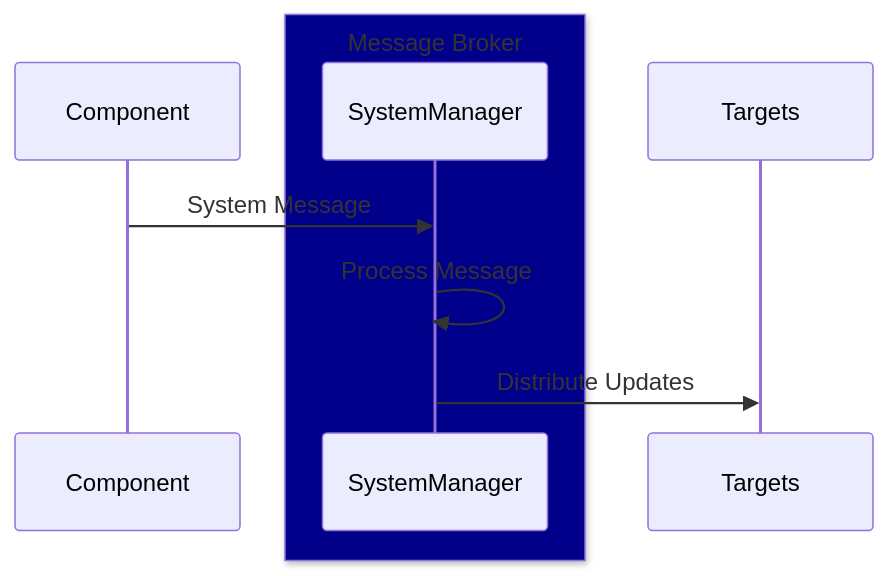
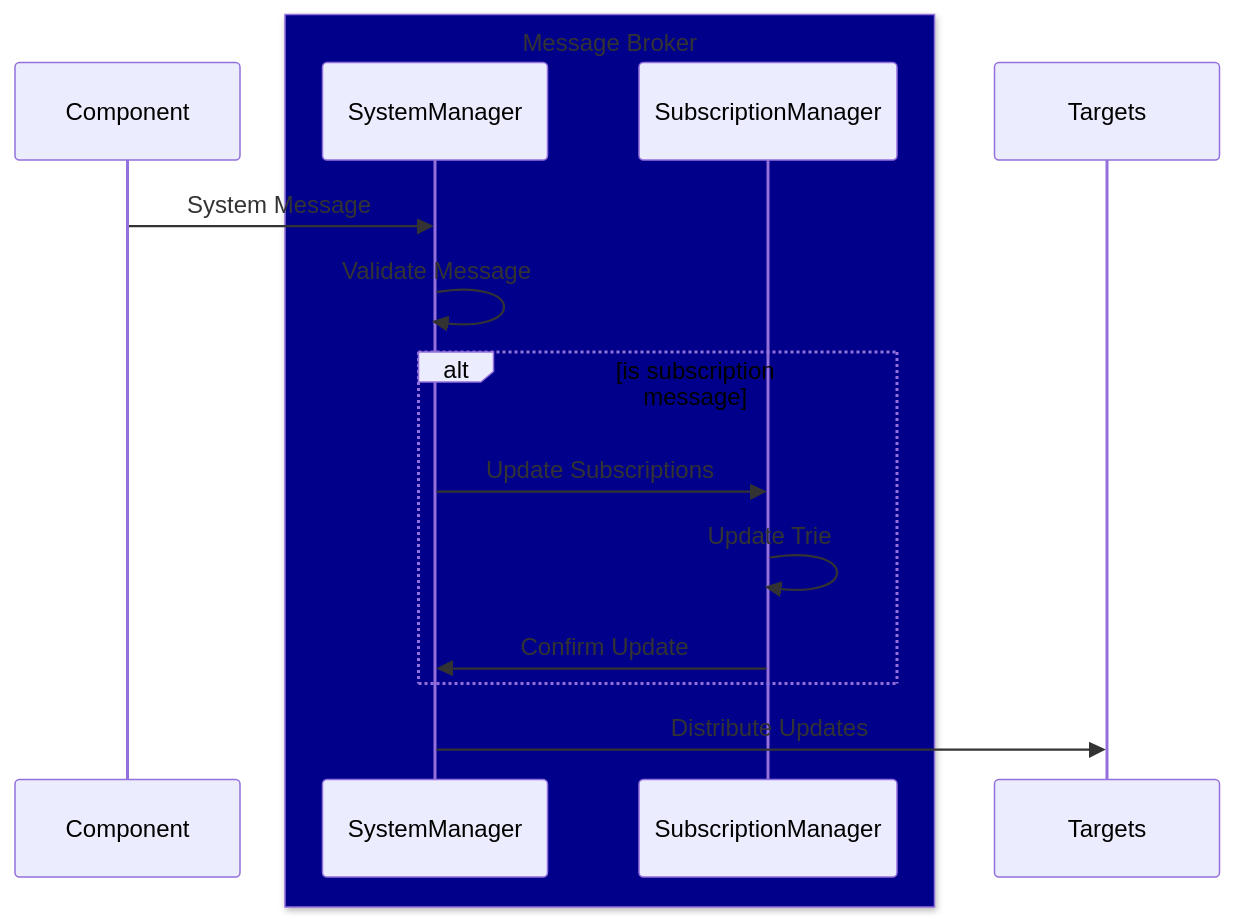
The fourth of 4 diagrams in docs/concepts/message-flow.md (DeX-Group-LLC/mb-server-node), drawn with Mermaid before and after one commit. The commit also changed other lines of this file and 20 other files, not shown here.

````diff
--- a/docs/concepts/message-flow.md
+++ b/docs/concepts/message-flow.md
@@ -88,12 +96,18 @@
 ```mermaid
 sequenceDiagram
     participant Component
     box DarkBlue Message Broker
     participant SystemManager
+    participant SubscriptionManager
     end
     participant Targets
 
     Component->>SystemManager: System Message
-    SystemManager->>SystemManager: Process Message
+    SystemManager->>SystemManager: Validate Message
+    alt is subscription message
+        SystemManager->>SubscriptionManager: Update Subscriptions
+        SubscriptionManager->>SubscriptionManager: Update Trie
+        SubscriptionManager->>SystemManager: Confirm Update
+    end
     SystemManager->>Targets: Distribute Updates
 ```
````
